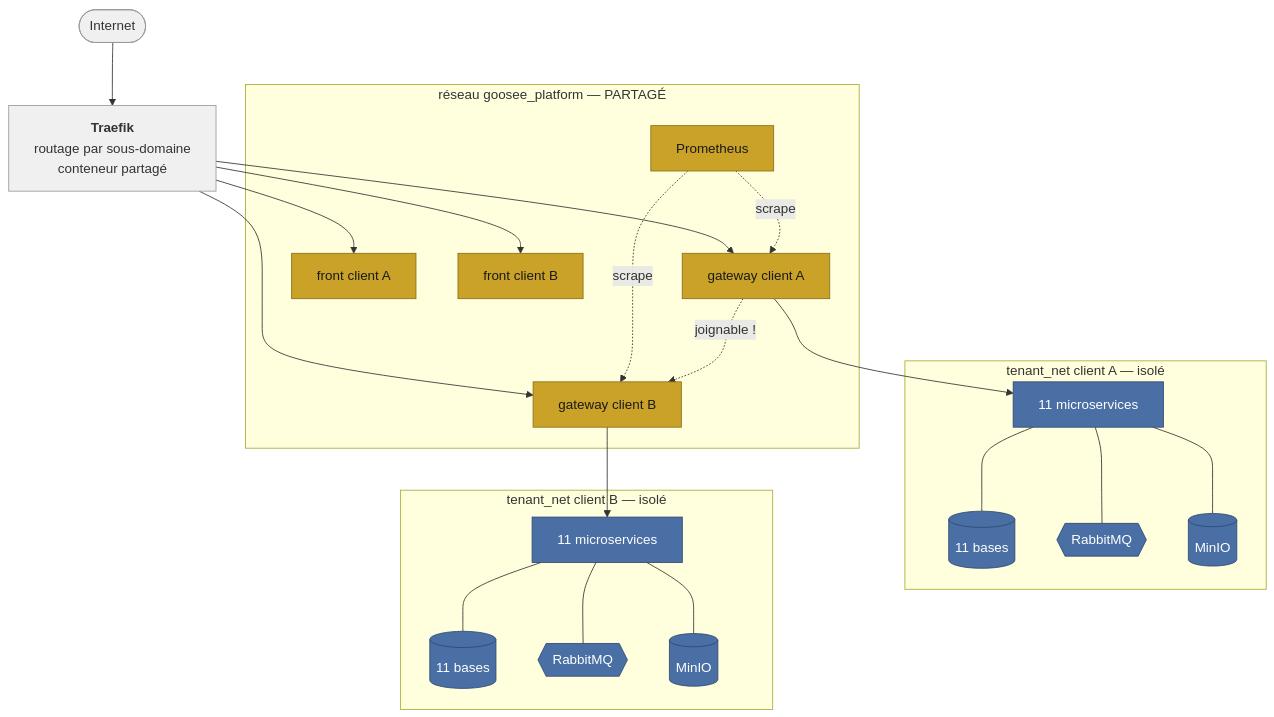
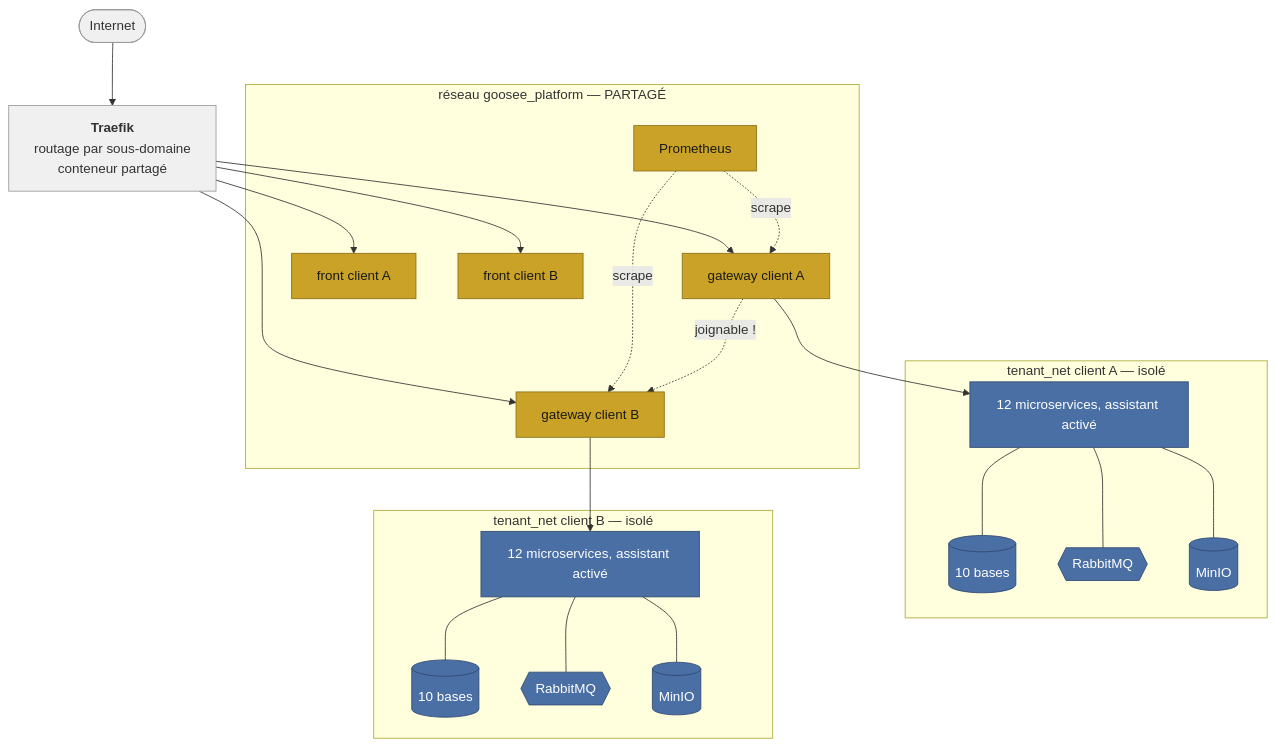
The first of 2 diagrams in docs/architecture/deploiement.md (CollectEverything-MNS/Goosee), drawn with Mermaid before and after one commit. The commit also changed other lines of this file and 24 other files, not shown here.

Commit message:
docs: align guides diagrams and API reference with validated POC

````diff
--- a/docs/architecture/deploiement.md
+++ b/docs/architecture/deploiement.md
@@ -15,52 +15,52 @@
 ```mermaid
 graph TB
     internet(["Internet"])
     traefik["<b>Traefik</b><br/>routage par sous-domaine<br/>conteneur partagé"]
 
     subgraph platform["réseau goosee_platform — PARTAGÉ"]
         gwA["gateway client A"]
         frontA["front client A"]
         gwB["gateway client B"]
         frontB["front client B"]
         prom["Prometheus"]
     end
 
     subgraph netA["tenant_net client A — isolé"]
-        svcA["11 microservices"]
-        dbA[("11 bases")]
+        svcA["12 microservices, assistant activé"]
+        dbA[("10 bases")]
         busA{{"RabbitMQ"}}
         minioA[("MinIO")]
     end
 
     subgraph netB["tenant_net client B — isolé"]
-        svcB["11 microservices"]
-        dbB[("11 bases")]
+        svcB["12 microservices, assistant activé"]
+        dbB[("10 bases")]
         busB{{"RabbitMQ"}}
         minioB[("MinIO")]
     end
 
     internet --> traefik
     traefik --> frontA
     traefik --> gwA
     traefik --> frontB
     traefik --> gwB
     gwA --> svcA
     svcA --- dbA
     svcA --- busA
     svcA --- minioA
     gwB --> svcB
     svcB --- dbB
     svcB --- busB
     svcB --- minioB
     prom -.->|scrape| gwA
     prom -.->|scrape| gwB
 
     gwA -.->|"joignable !"| gwB
 
     classDef partage fill:#c9a227,stroke:#8a6f1a,color:#1a1a1a
     classDef isole fill:#4a6fa5,stroke:#2f4870,color:#ffffff
     classDef infra fill:#f0f0f0,stroke:#999,color:#333
     class gwA,frontA,gwB,frontB,prom partage
     class svcA,svcB,dbA,dbB,busA,busB,minioA,minioB isole
     class traefik,internet infra
 ```
````
